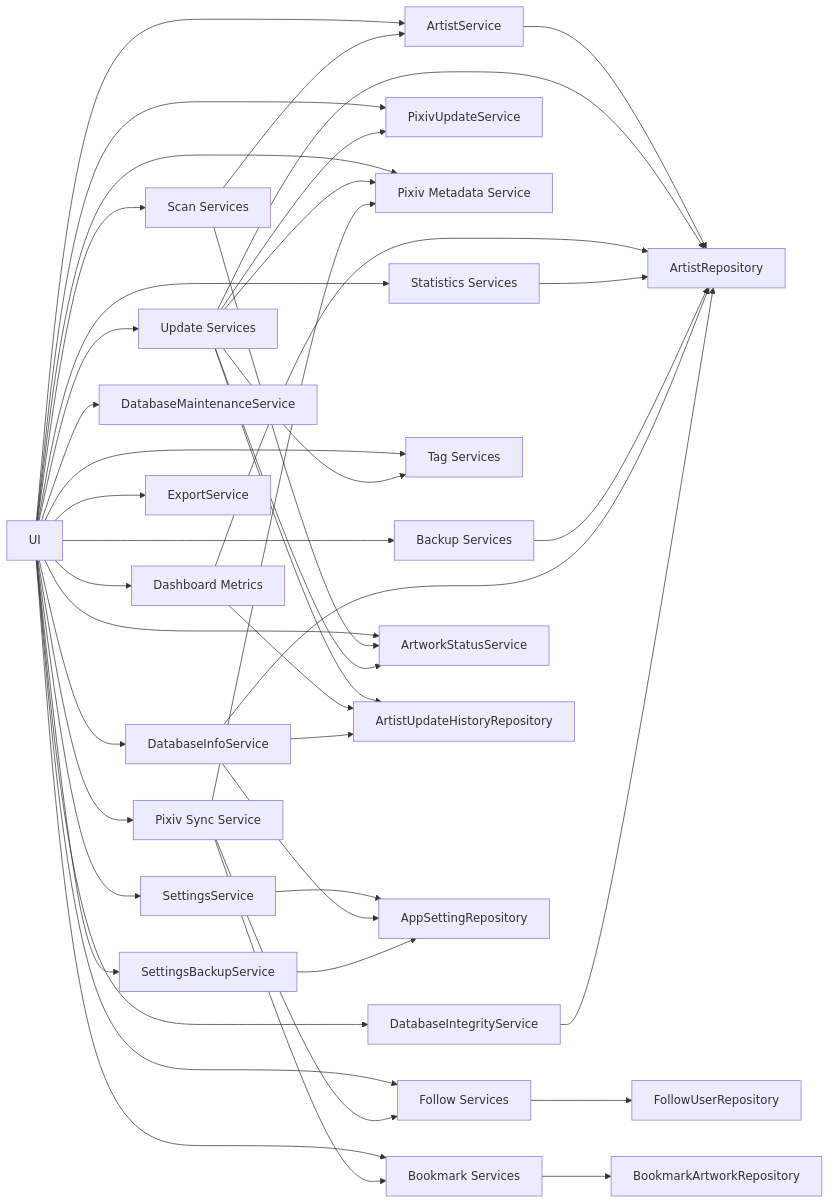
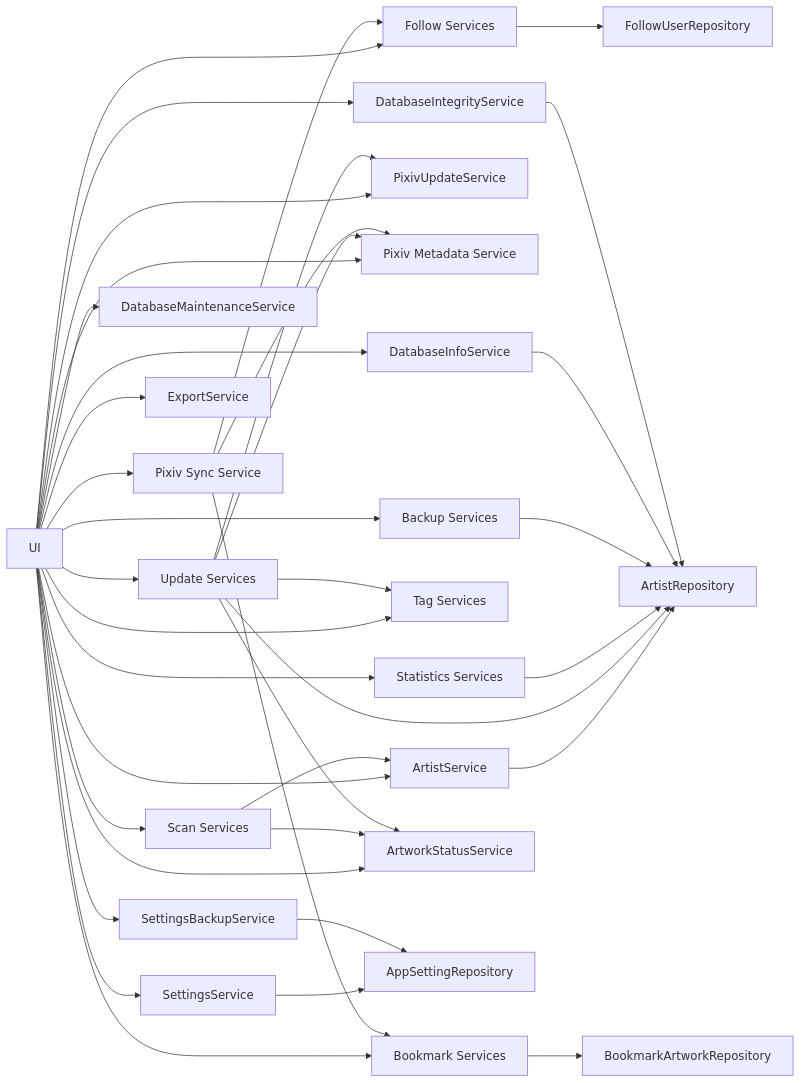
Before and after one commit to PKT0623/PixivLocalManager: the diagram in docs/08_SERVICES.md, drawn with Mermaid. The commit also changed other lines of this file and 4 other files, not shown here.

Commit message:
docs: reorganize architecture and service documentation

````diff
--- a/docs/08_SERVICES.md
+++ b/docs/08_SERVICES.md
@@ -113,66 +48,57 @@
 ```mermaid
 flowchart LR
 
 UI[UI]
 
 UI --> ARTIST[ArtistService]
 UI --> SCAN[Scan Services]
 UI --> UPDATE[Update Services]
-UI --> DASHBOARD[Dashboard Metrics]
 UI --> STATISTICS[Statistics Services]
 
 UI --> PIXIV_UPDATE[PixivUpdateService]
 UI --> PIXIV_META[Pixiv Metadata Service]
 UI --> PIXIV_SYNC[Pixiv Sync Service]
 
 UI --> FOLLOW[Follow Services]
 UI --> BOOKMARK[Bookmark Services]
 UI --> TAG[Tag Services]
 
 UI --> BACKUP[Backup Services]
 UI --> SETTINGS[SettingsService]
 
 UI --> DBINFO[DatabaseInfoService]
 UI --> DBCHECK[DatabaseIntegrityService]
 UI --> DBMAINT[DatabaseMaintenanceService]
 UI --> SETTINGBACKUP[SettingsBackupService]
 
 UI --> STATUS[ArtworkStatusService]
 UI --> EXPORT[ExportService]
 
 ARTIST --> ARTIST_REPO[ArtistRepository]
 
 SCAN --> ARTIST
 SCAN --> STATUS
 
 UPDATE --> ARTIST_REPO
-UPDATE --> HISTORY_REPO[ArtistUpdateHistoryRepository]
 UPDATE --> STATUS
 UPDATE --> PIXIV_UPDATE
 UPDATE --> PIXIV_META
 UPDATE --> TAG
 
 PIXIV_SYNC --> FOLLOW
 PIXIV_SYNC --> BOOKMARK
 PIXIV_SYNC --> PIXIV_META
 
 FOLLOW --> FOLLOW_REPO[FollowUserRepository]
 BOOKMARK --> BOOKMARK_REPO[BookmarkArtworkRepository]
 
-DASHBOARD --> ARTIST_REPO
-DASHBOARD --> HISTORY_REPO
-
 STATISTICS --> ARTIST_REPO
 
 BACKUP --> ARTIST_REPO
 
 SETTINGS --> SETTING_REPO[AppSettingRepository]
 
 DBINFO --> ARTIST_REPO
-DBINFO --> HISTORY_REPO
-DBINFO --> SETTING_REPO
-
 DBCHECK --> ARTIST_REPO
-
 SETTINGBACKUP --> SETTING_REPO
 ```
````
